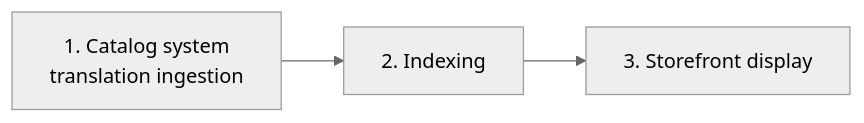
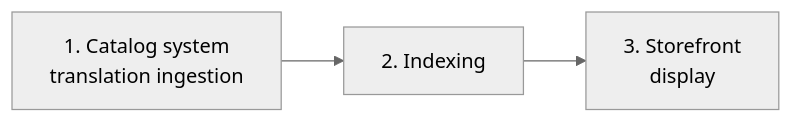
One commit to vtexdocs/dev-portal-content changed the diagram in docs/guides/Catalog/Multi-language/catalog-multi-language-integration-guide.md. Above: the diagram before and after it, drawn with Mermaid (neutral theme). The commit also changed other lines of this file, not shown here.

````diff
--- a/docs/guides/Catalog/Multi-language/catalog-multi-language-integration-guide.md
+++ b/docs/guides/Catalog/Multi-language/catalog-multi-language-integration-guide.md
@@ -41,5 +41,5 @@
 ```mermaid
 flowchart LR
     A[1. Catalog system <br> translation ingestion] --> B[2. Indexing]
-    B --> C[3. Storefront display]
+    B --> C[3. Storefront <br> display]
 ```
````
